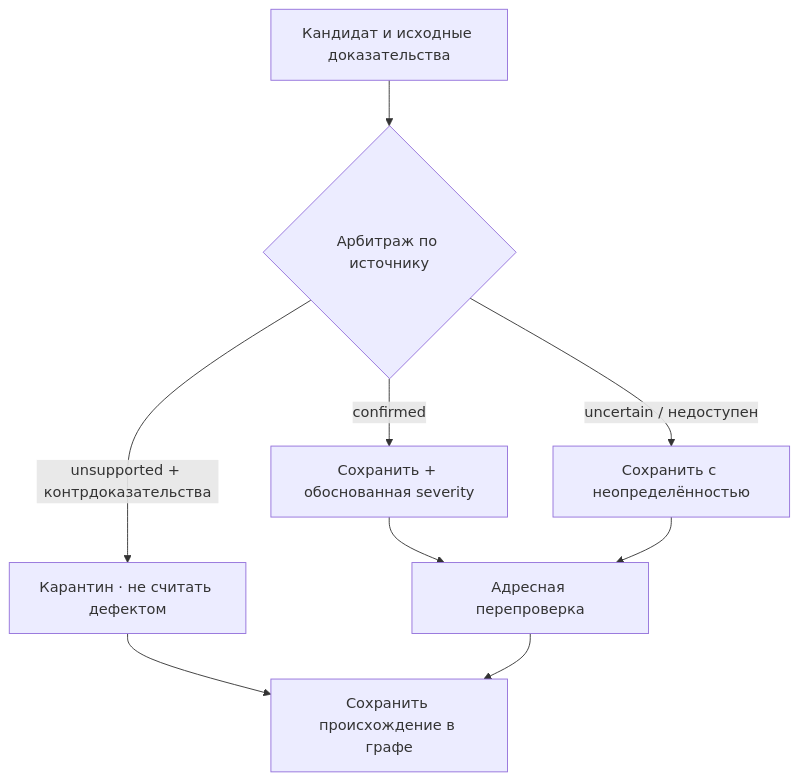
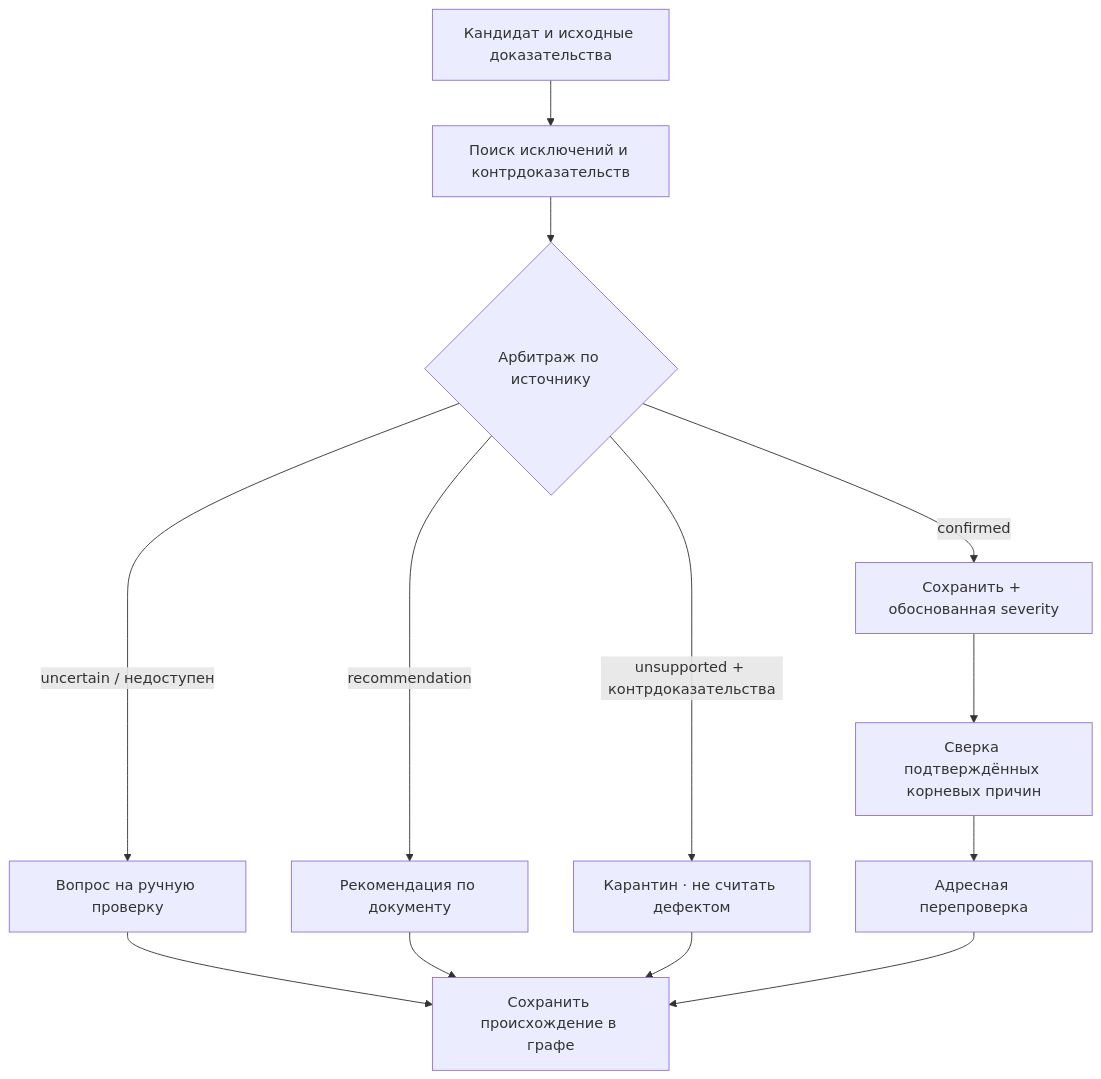
One commit to Feruum/Darumleye changed the fifth of 9 diagrams in README.md. Above: the diagram before and after it, drawn with Mermaid. The commit also changed other lines of this file and 91 other files, not shown here.

````diff
--- a/README.md
+++ b/README.md
@@ -269,10 +272,12 @@
 ```mermaid
 flowchart TD
-    F["Кандидат и исходные доказательства"] --> A{"Арбитраж по источнику"}
+    F["Кандидат и исходные доказательства"] --> SEARCH["Поиск исключений и контрдоказательств"] --> A{"Арбитраж по источнику"}
     A -->|"confirmed"| KEEP["Сохранить + обоснованная severity"]
     A -->|"unsupported + контрдоказательства"| Q["Карантин · не считать дефектом"]
-    A -->|"uncertain / недоступен"| U["Сохранить с неопределённостью"]
-    KEEP & U --> R["Адресная перепроверка"]
+    A -->|"uncertain / недоступен"| U["Вопрос на ручную проверку"]
+    A -->|"recommendation"| ADVICE["Рекомендация по документу"]
+    U & ADVICE --> GRAPH
+    KEEP --> MERGE["Сверка подтверждённых корневых причин"] --> R["Адресная перепроверка"]
     Q --> GRAPH["Сохранить происхождение в графе"]
     R --> GRAPH
 ```
````
